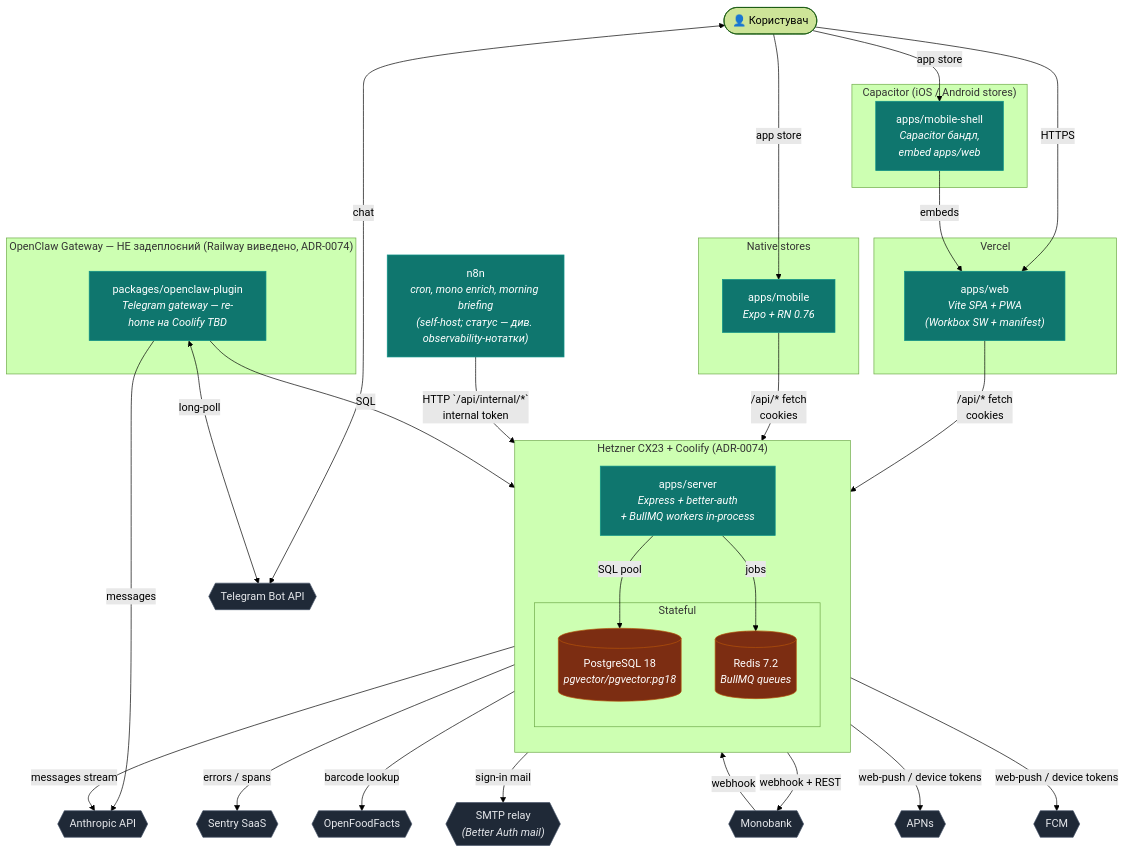
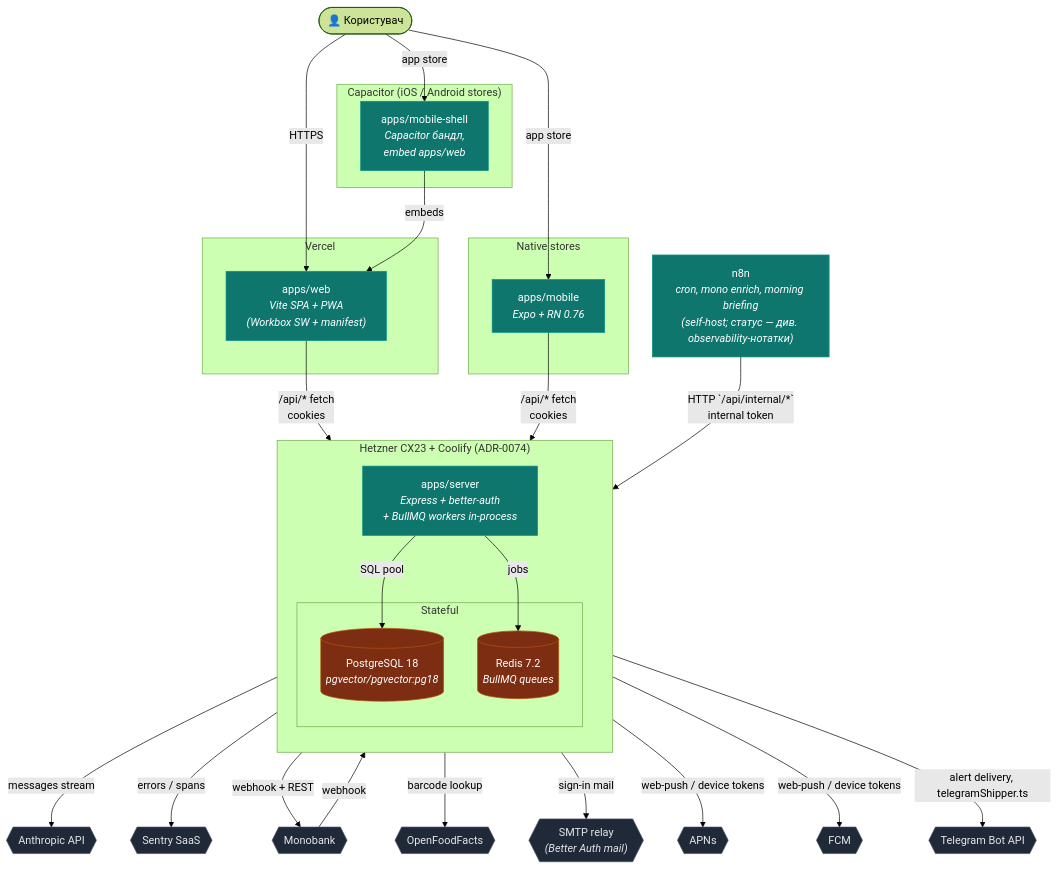
The diagram in docs/02-engineering/architecture/diagrams/c2-containers.md (SkOrDs-02/sergeant), drawn with Mermaid (forest theme) before and after one commit. The commit also changed other lines of this file and 5 other files, not shown here.

````diff
--- a/docs/02-engineering/architecture/diagrams/c2-containers.md
+++ b/docs/02-engineering/architecture/diagrams/c2-containers.md
@@ -8,74 +8,66 @@
 ```mermaid
 flowchart TB
     User(["👤 Користувач"])
 
     subgraph Vercel["Vercel"]
         Web["apps/web<br/><i>Vite SPA + PWA<br/>(Workbox SW + manifest)</i>"]
     end
 
     subgraph Capacitor["Capacitor (iOS / Android stores)"]
         Shell["apps/mobile-shell<br/><i>Capacitor бандл,<br/>embed apps/web</i>"]
     end
 
     subgraph Native["Native stores"]
         Mobile["apps/mobile<br/><i>Expo + RN 0.76</i>"]
     end
 
     subgraph Hetzner["Hetzner CX23 + Coolify (ADR-0074)"]
         direction TB
         Server["apps/server<br/><i>Express + better-auth<br/>+ BullMQ workers in-process</i>"]
 
         subgraph DB["Stateful"]
             PG[("PostgreSQL 18<br/><i>pgvector/pgvector:pg18</i>")]
             R[("Redis 7.2<br/><i>BullMQ queues</i>")]
         end
     end
 
-    subgraph OpenClawHost["OpenClaw Gateway — НЕ задеплоєний (Railway виведено, ADR-0074)"]
-        Console["packages/openclaw-plugin<br/><i>Telegram gateway — re-home на Coolify TBD</i>"]
-    end
-
     N8N["n8n<br/><i>cron, mono enrich, morning briefing<br/>(self-host; статус — див. observability-нотатки)</i>"]
 
     Anthropic{{"Anthropic API"}}
     Sentry{{"Sentry SaaS"}}
     Mono{{"Monobank"}}
     OFF{{"OpenFoodFacts"}}
     SMTP{{"SMTP relay<br/><i>(Better Auth mail)</i>"}}
     APNs{{"APNs"}}
     FCM{{"FCM"}}
     Telegram{{"Telegram Bot API"}}
 
     User -->|HTTPS| Web
     User -->|app store| Shell
     User -->|app store| Mobile
-    User <-->|chat| Telegram
 
     Web -->|/api/* fetch<br/>cookies| Server
     Mobile -->|/api/* fetch<br/>cookies| Server
     Shell -->|embeds| Web
 
     Server -->|SQL pool| PG
     Server -->|jobs| R
     Server -->|messages stream| Anthropic
     Server -->|errors / spans| Sentry
     Server -->|webhook + REST| Mono
     Server -->|barcode lookup| OFF
     Server -->|sign-in mail| SMTP
     Server -->|web-push / device tokens| APNs
     Server -->|web-push / device tokens| FCM
+    Server -->|alert delivery, telegramShipper.ts| Telegram
 
     N8N -->|HTTP `/api/internal/*`<br/>internal token| Server
     Mono -->|webhook| Server
 
-    Console <-->|long-poll| Telegram
-    Console -->|SQL| PG
-    Console -->|messages| Anthropic
-
     classDef cont fill:#0f766e,stroke:#0d9488,color:#fff
     classDef store fill:#7c2d12,stroke:#b45309,color:#fff
     classDef ext fill:#1f2937,stroke:#475569,color:#e5e7eb
-    class Web,Shell,Mobile,Server,N8N,Console cont
+    class Web,Shell,Mobile,Server,N8N cont
     class PG,R store
     class Anthropic,Sentry,Mono,OFF,SMTP,APNs,FCM,Telegram ext
 ```
````
